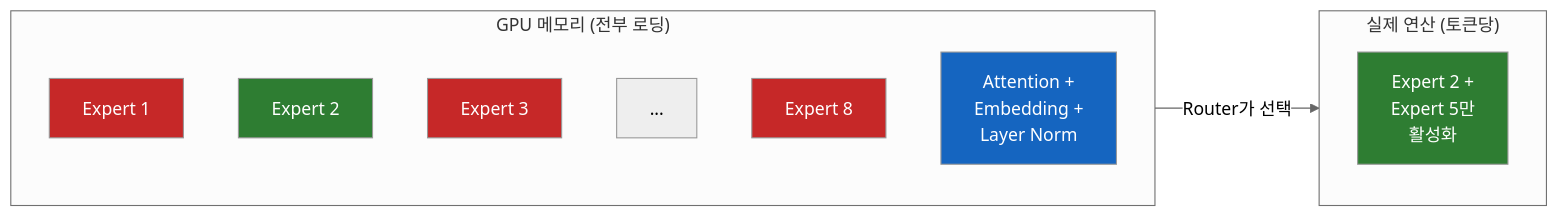
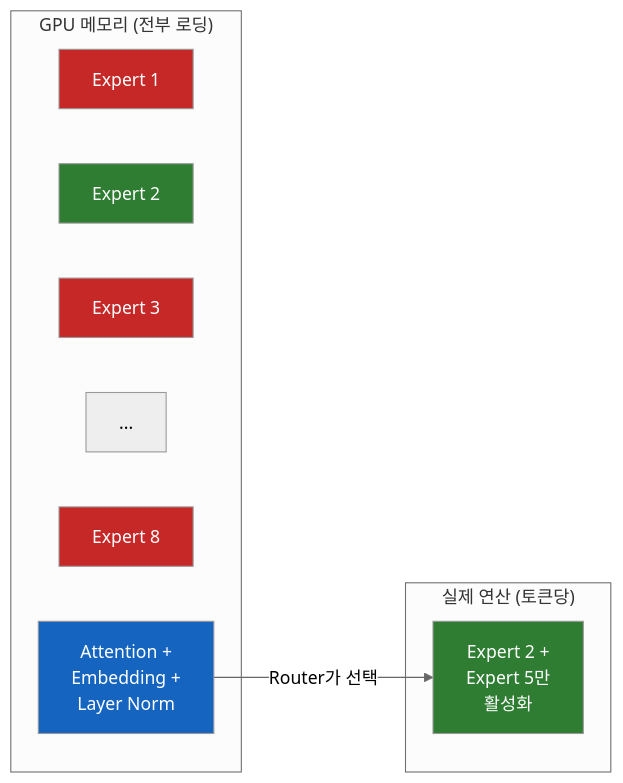
One commit to sskim91/TIL changed the fourth of 5 diagrams in ai/LLM의-Mixture-of-Experts-적은-연산으로-거대한-모델을-돌리는-비결.md. Above: the diagram before and after it, drawn with Mermaid (neutral theme). The commit also changed other lines of this file, not shown here.

First line of the commit message:
📝 Fix mermaid rendering and improve MoE TIL document

````diff
--- a/ai/LLM의-Mixture-of-Experts-적은-연산으로-거대한-모델을-돌리는-비결.md
+++ b/ai/LLM의-Mixture-of-Experts-적은-연산으로-거대한-모델을-돌리는-비결.md
@@ -192,24 +196,24 @@
 ```mermaid
 flowchart LR
     subgraph Memory["GPU 메모리 (전부 로딩)"]
         E1["Expert 1"]
         E2["Expert 2"]
         E3["Expert 3"]
         E4["..."]
         E8["Expert 8"]
         Shared["Attention +<br>Embedding +<br>Layer Norm"]
     end
 
     subgraph Compute["실제 연산 (토큰당)"]
         Active["Expert 2 +<br>Expert 5만<br>활성화"]
     end
 
-    Memory -->|"Router가 선택"| Compute
+    Shared -->|"Router가 선택"| Active
 
     style E1 fill:#C62828,color:#fff
     style E2 fill:#2E7D32,color:#fff
     style E3 fill:#C62828,color:#fff
     style E8 fill:#C62828,color:#fff
     style Shared fill:#1565C0,color:#fff
     style Active fill:#2E7D32,color:#fff
 ```
````
